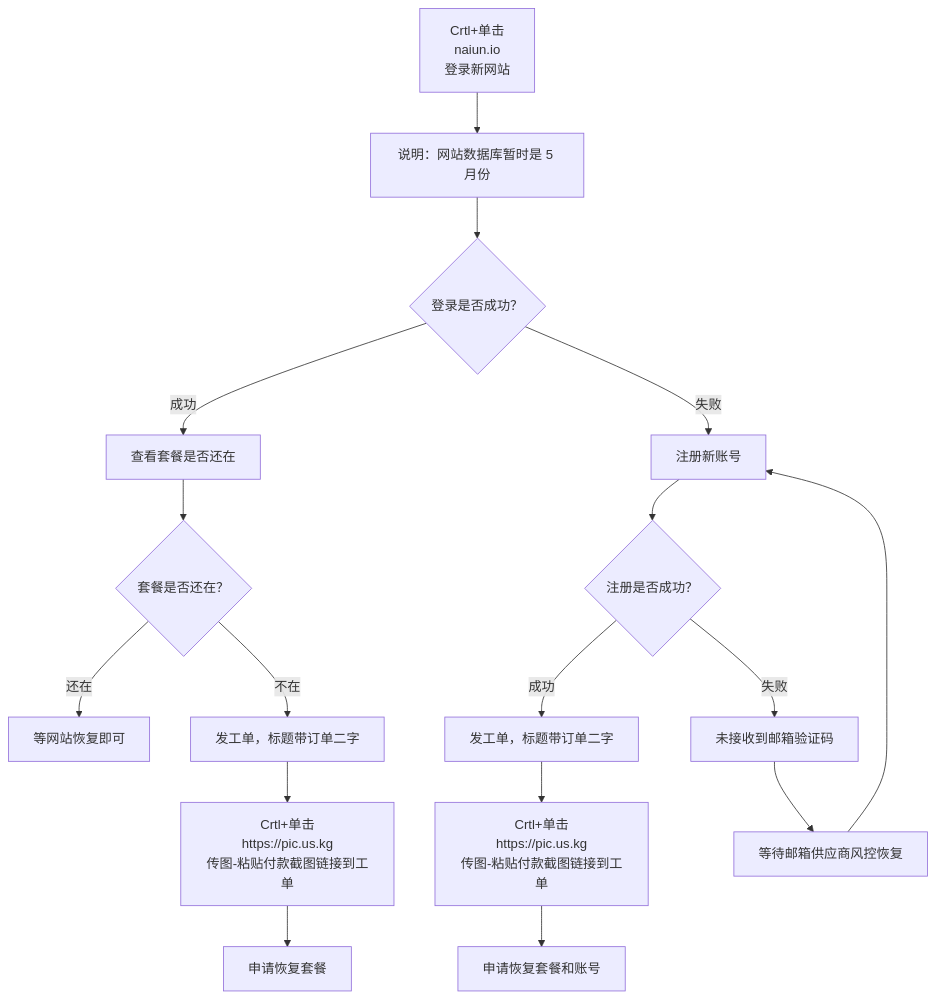
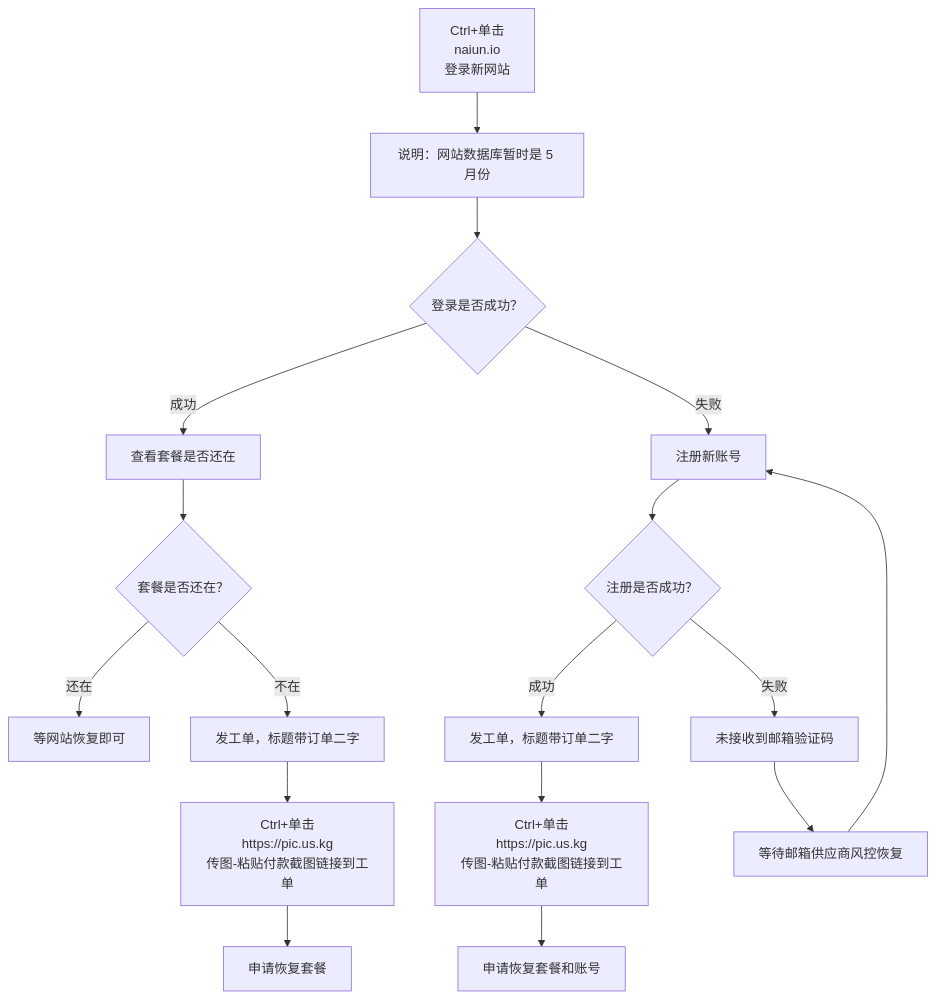
The diagram in README.md (jdnei/naiyun), drawn with Mermaid before and after one commit.

````diff
--- a/README.md
+++ b/README.md
@@ -160,28 +160,29 @@
 ```mermaid
 flowchart TD
-    B["Crtl+单击</br>naiun.io</br>登录新网站"]
-    B --> C[说明：网站数据库暂时是 5 月份]
+    A["Ctrl+单击<br/>naiun.io<br/>登录新网站"]
+    A --> C[说明：网站数据库暂时是 5 月份]
     C --> D{登录是否成功？}
 
     D -->|成功| E[查看套餐是否还在]
     E --> F{套餐是否还在？}
 
     F -->|还在| G[等网站恢复即可]
     F -->|不在| H[发工单，标题带订单二字]
-    H --> I["Crtl+单击</br>https://pic.us.kg</br>传图-粘贴付款截图链接到工单"]
+    H --> I["Ctrl+单击<br/>https://pic.us.kg<br/>传图-粘贴付款截图链接到工单"]
     I --> J[申请恢复套餐]
 
     D -->|失败| K[注册新账号]
     K --> L{注册是否成功？}
 
     L -->|成功| M[发工单，标题带订单二字]
-    M --> N["Crtl+单击</br>https://pic.us.kg</br>传图-粘贴付款截图链接到工单"]
+    M --> N["Ctrl+单击<br/>https://pic.us.kg<br/>传图-粘贴付款截图链接到工单"]
     N --> O[申请恢复套餐和账号]
 
     L -->|失败| P[未接收到邮箱验证码]
     P --> Q[等待邮箱供应商风控恢复]
     Q --> K
-    click B "https://naiun.io/#/register?code=KacwlzHN" "打开 naiun.io" _blank
+
+    click A "https://naiun.io/#/register?code=KacwlzHN" "打开 naiun.io" _blank
     click I "https://pic.us.kg" "打开 pic.us.kg" _blank
     click N "https://pic.us.kg" "打开 pic.us.kg" _blank
 ```
````
